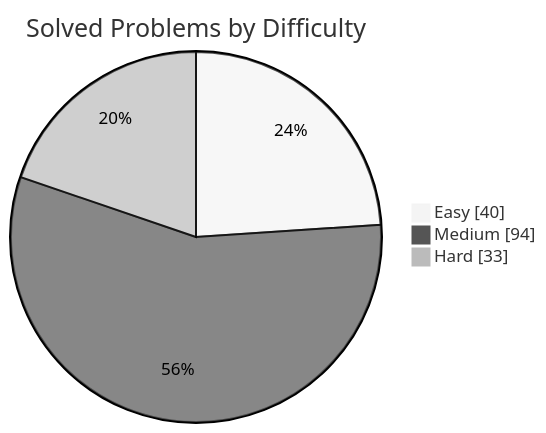
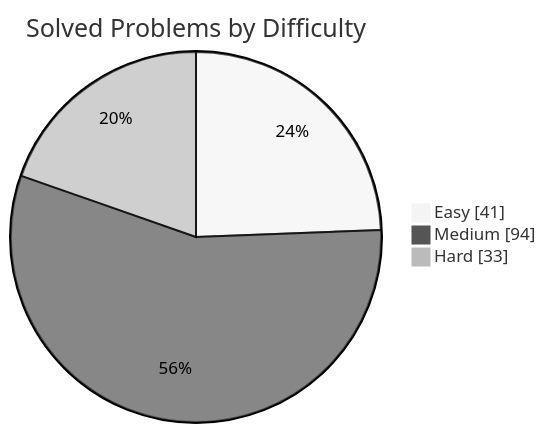
The first of 2 diagrams in README.md (manikantbindass/DSA-Preparation-FAANG), drawn with Mermaid (neutral theme) before and after one commit. The commit also changed other lines of this file, not shown here.

````diff
--- a/README.md
+++ b/README.md
@@ -38,7 +38,7 @@
 ```mermaid
 pie showData
     title Solved Problems by Difficulty
-    "Easy" : 40
+    "Easy" : 41
     "Medium" : 94
     "Hard" : 33
 ```
````
